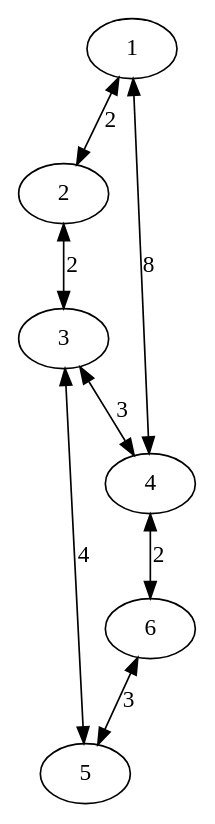
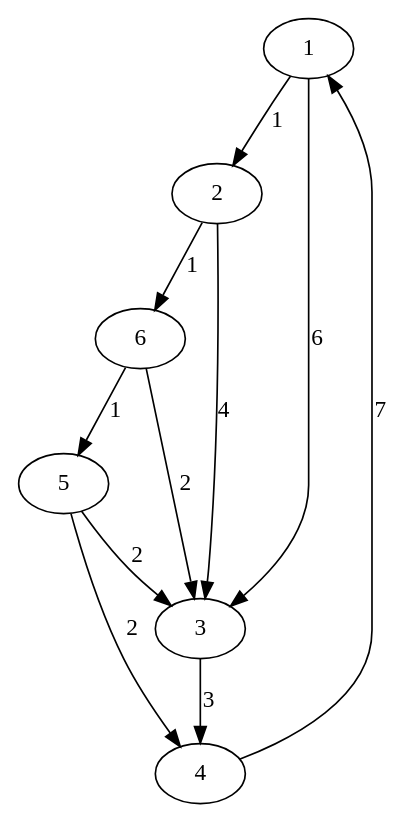
The diagram in grafo.dot (AsierDelCidPerez/formacion-oic), drawn with Graphviz before and after one commit. The commit also changed 12 other files, not shown here.

```diff
--- a/grafo.dot
+++ b/grafo.dot
@@ -1,9 +1,12 @@
 digraph G {
-    1->2 [dir="both", label="2"]
-    2->3 [dir="both", label="2"]
-    3->4 [dir="both", label="3"]
-    1->4 [dir="both", label="8"]
-    3->5 [dir="both", label="4"]
-    4->6 [dir="both", label="2"]
-    6->5 [dir="both", label="3"]
+1->2 [label="1"]
+2->6 [label="1"]
+2->3 [label="4"]
+6->3 [label="2"]
+6->5 [label="1"]
+5->3 [label="2"]
+1->3 [label="6"]
+5->4 [label="2"]
+3->4 [label="3"]
+4->1 [label="7"]
 }
```
